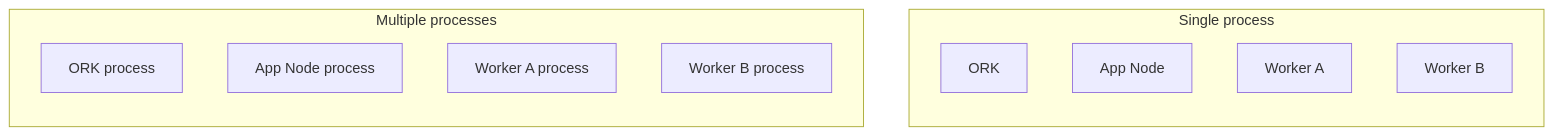
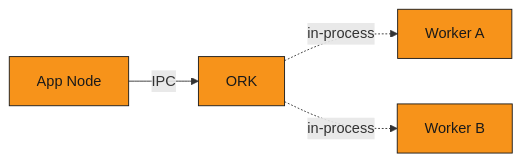
Before and after one commit to tetherto/mdk: the first of 3 diagrams in docs/concepts/deployment-topologies.md, drawn with Mermaid. The commit also changed other lines of this file and 143 other files, not shown here.

````diff
--- a/docs/concepts/deployment-topologies.md
+++ b/docs/concepts/deployment-topologies.md
@@ -14,18 +33,7 @@
 ```mermaid
-flowchart TB
-  subgraph single [Single process]
-    direction TB
-    sOrk["ORK"]
-    sApp["App Node"]
-    sW1["Worker A"]
-    sW2["Worker B"]
-  end
-
-  subgraph multi [Multiple processes]
-    direction TB
-    mOrk["ORK process"]
-    mApp["App Node process"]
-    mW1["Worker A process"]
-    mW2["Worker B process"]
-  end
+flowchart LR
+  classDef mdk fill:#F7931A,stroke:#1A1A1A,color:#1A1A1A
+  sApp["App Node"]:::mdk -->|"IPC"| sOrk["ORK"]:::mdk
+  sOrk -.->|"in-process"| sW1["Worker A"]:::mdk
+  sOrk -.->|"in-process"| sW2["Worker B"]:::mdk
 ```
````
